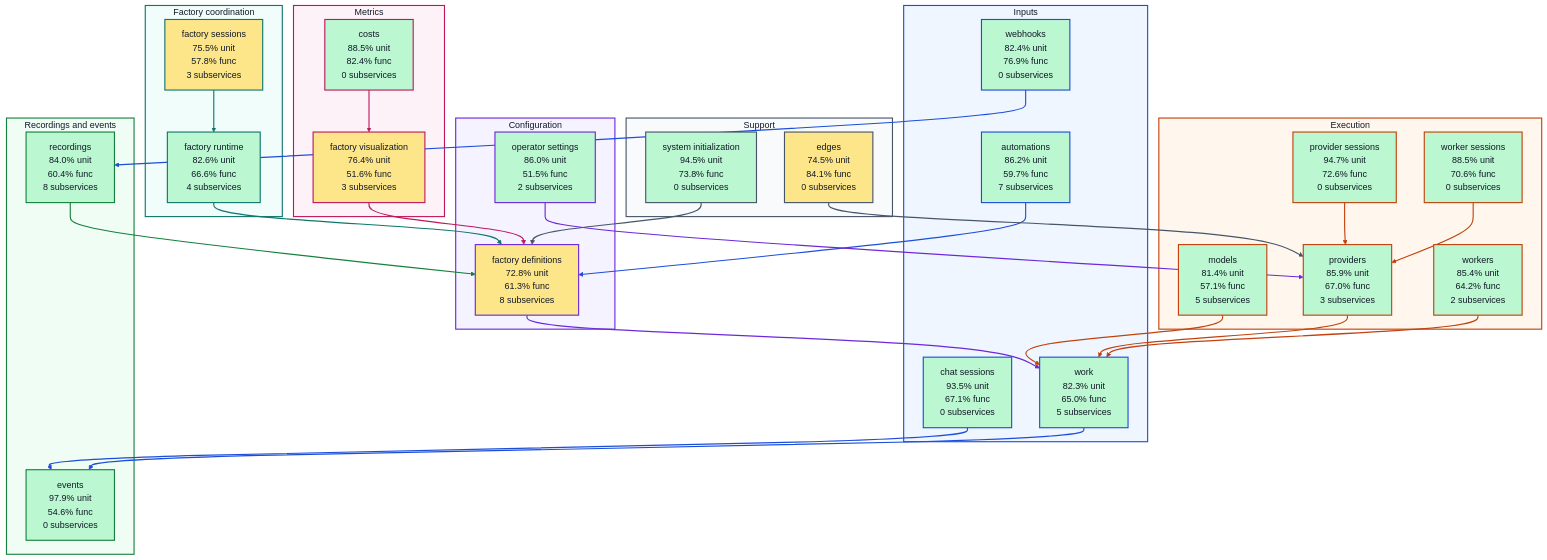
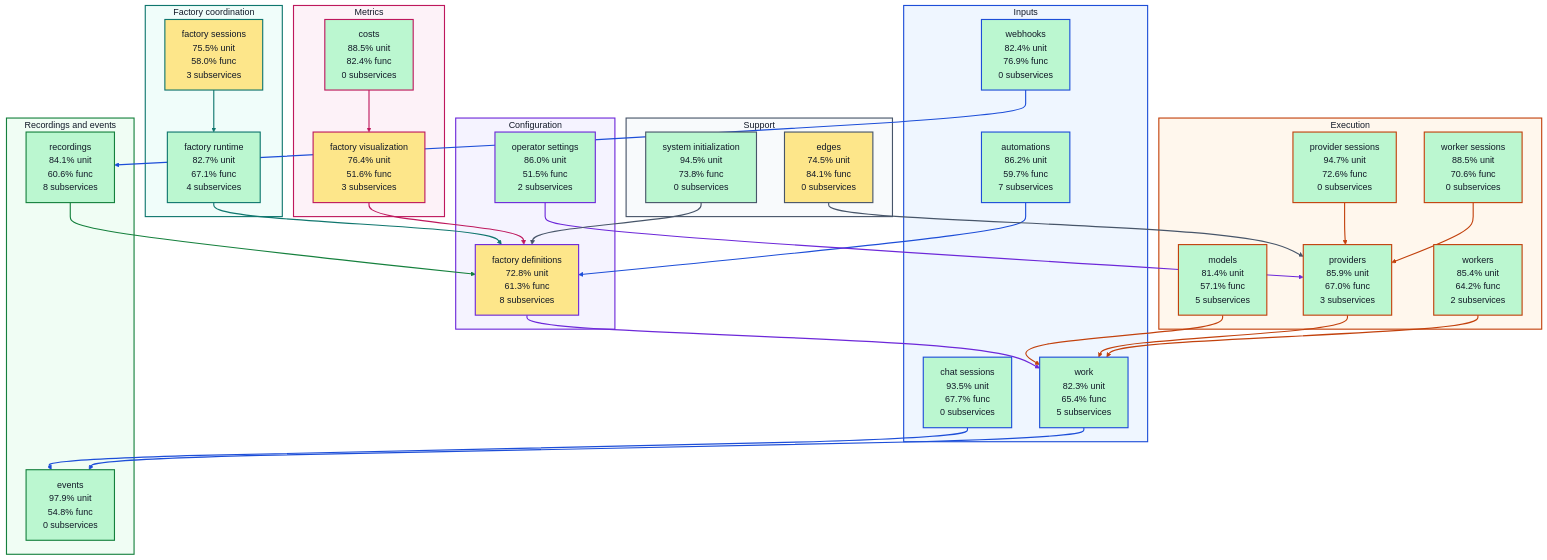
The diagram in docs/architecture/visualizations/high-level-test-coverage.md (portpowered/you-agent-factory), drawn with Mermaid (forest theme) before and after one commit. The commit also changed other lines of this file and 20 other files, not shown here.

Commit message:
docs: refresh backend architecture visualizations

```diff
--- a/docs/architecture/visualizations/high-level-test-coverage.md
+++ b/docs/architecture/visualizations/high-level-test-coverage.md
@@ -12,17 +12,17 @@
 flowchart TB
   subgraph input["Inputs"]
     s_services_automations["automations<br/>86.2% unit<br/>59.7% func<br/>7 subservices"]
-    s_services_chat_sessions["chat sessions<br/>93.5% unit<br/>67.1% func<br/>0 subservices"]
+    s_services_chat_sessions["chat sessions<br/>93.5% unit<br/>67.7% func<br/>0 subservices"]
     s_services_webhooks["webhooks<br/>82.4% unit<br/>76.9% func<br/>0 subservices"]
-    s_services_work["work<br/>82.3% unit<br/>65.0% func<br/>5 subservices"]
+    s_services_work["work<br/>82.3% unit<br/>65.4% func<br/>5 subservices"]
   end
   subgraph configuration["Configuration"]
     s_services_factory_definitions["factory definitions<br/>72.8% unit<br/>61.3% func<br/>8 subservices"]
     s_services_operator_settings["operator settings<br/>86.0% unit<br/>51.5% func<br/>2 subservices"]
   end
   subgraph coordination["Factory coordination"]
-    s_services_factory_runtime["factory runtime<br/>82.6% unit<br/>66.6% func<br/>4 subservices"]
-    s_services_factory_sessions["factory sessions<br/>75.5% unit<br/>57.8% func<br/>3 subservices"]
+    s_services_factory_runtime["factory runtime<br/>82.7% unit<br/>67.1% func<br/>4 subservices"]
+    s_services_factory_sessions["factory sessions<br/>75.5% unit<br/>58.0% func<br/>3 subservices"]
   end
   subgraph execution["Execution"]
     s_services_models["models<br/>81.4% unit<br/>57.1% func<br/>5 subservices"]
@@ -32,8 +32,8 @@
     s_services_workers["workers<br/>85.4% unit<br/>64.2% func<br/>2 subservices"]
   end
   subgraph recordings["Recordings and events"]
-    s_services_events["events<br/>97.9% unit<br/>54.6% func<br/>0 subservices"]
-    s_services_recordings["recordings<br/>84.0% unit<br/>60.4% func<br/>8 subservices"]
+    s_services_events["events<br/>97.9% unit<br/>54.8% func<br/>0 subservices"]
+    s_services_recordings["recordings<br/>84.1% unit<br/>60.6% func<br/>8 subservices"]
   end
   subgraph metrics["Metrics"]
     s_services_costs["costs<br/>88.5% unit<br/>82.4% func<br/>0 subservices"]
```
